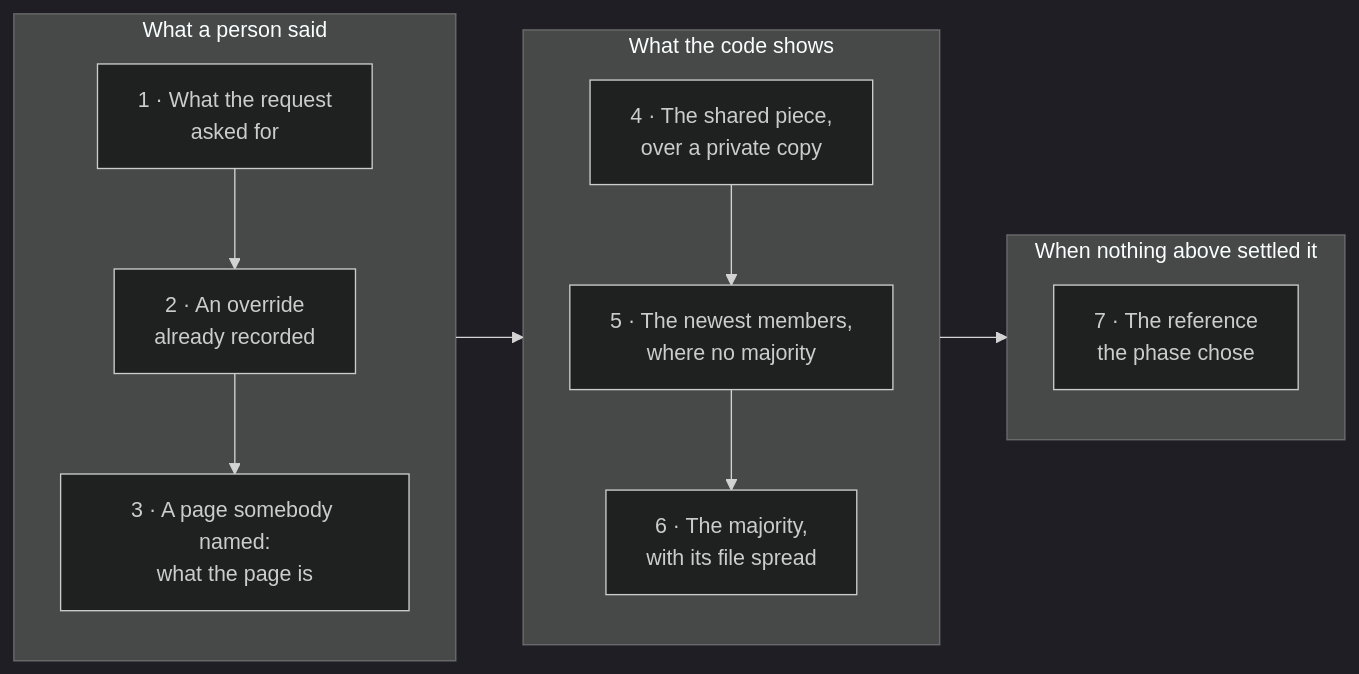
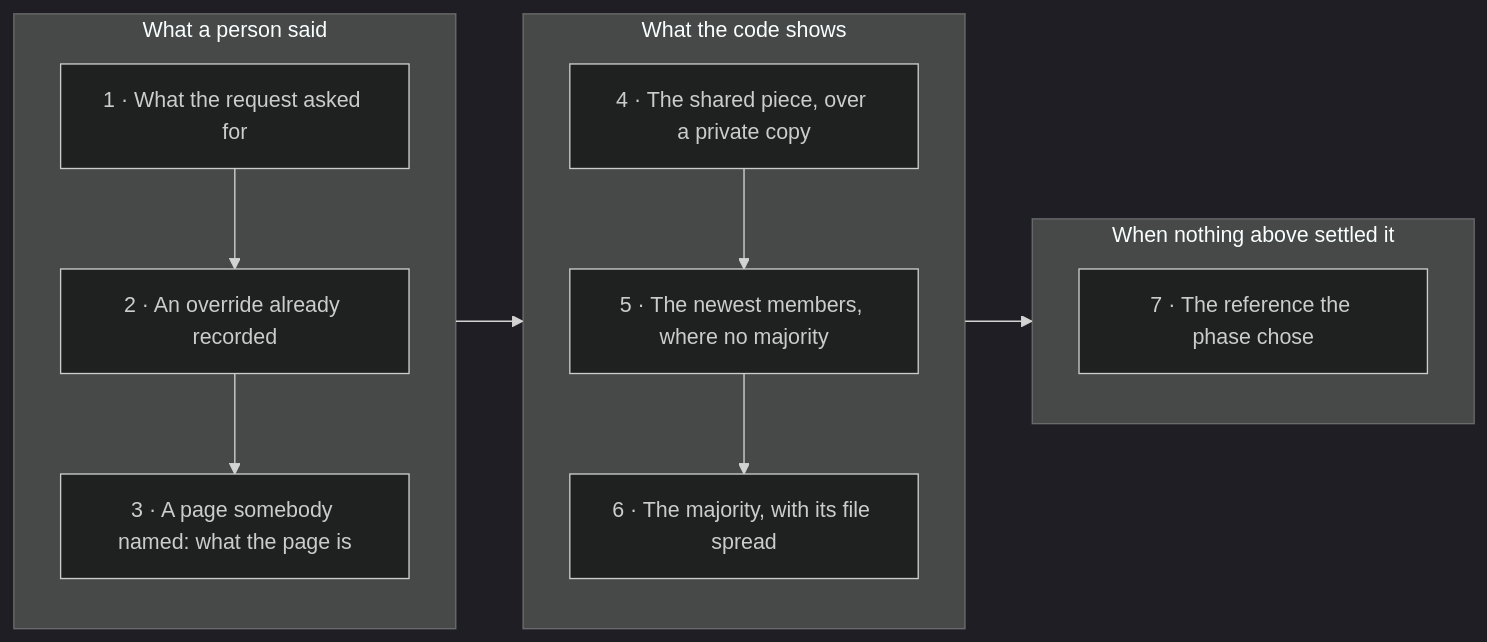
One commit to kamenkurtev/ui-consistency changed the third of 7 diagrams in docs/how-it-works.md. Above: the diagram before and after it, drawn with Mermaid (dark theme). The commit also changed other lines of this file, not shown here.

Commit message:
Let the diagrams' labels wrap on their own (#466)

````diff
--- a/docs/how-it-works.md
+++ b/docs/how-it-works.md
@@ -64,16 +64,16 @@
 ```mermaid
 flowchart LR
   subgraph P ["What a person said"]
     direction TB
-    L1["1 · What the request<br>asked for"] --> L2["2 · An override<br>already recorded"] --> L3["3 · A page somebody named:<br>what the page is"]
+    L1["1 · What the request asked for"] --> L2["2 · An override already recorded"] --> L3["3 · A page somebody named: what the page is"]
   end
   subgraph K ["What the code shows"]
     direction TB
-    L4["4 · The shared piece,<br>over a private copy"] --> L5["5 · The newest members,<br>where no majority"] --> L6["6 · The majority,<br>with its file spread"]
+    L4["4 · The shared piece, over a private copy"] --> L5["5 · The newest members, where no majority"] --> L6["6 · The majority, with its file spread"]
   end
   subgraph Z ["When nothing above settled it"]
     direction TB
-    L7["7 · The reference<br>the phase chose"]
+    L7["7 · The reference the phase chose"]
   end
   P --> K --> Z
 ```
````
